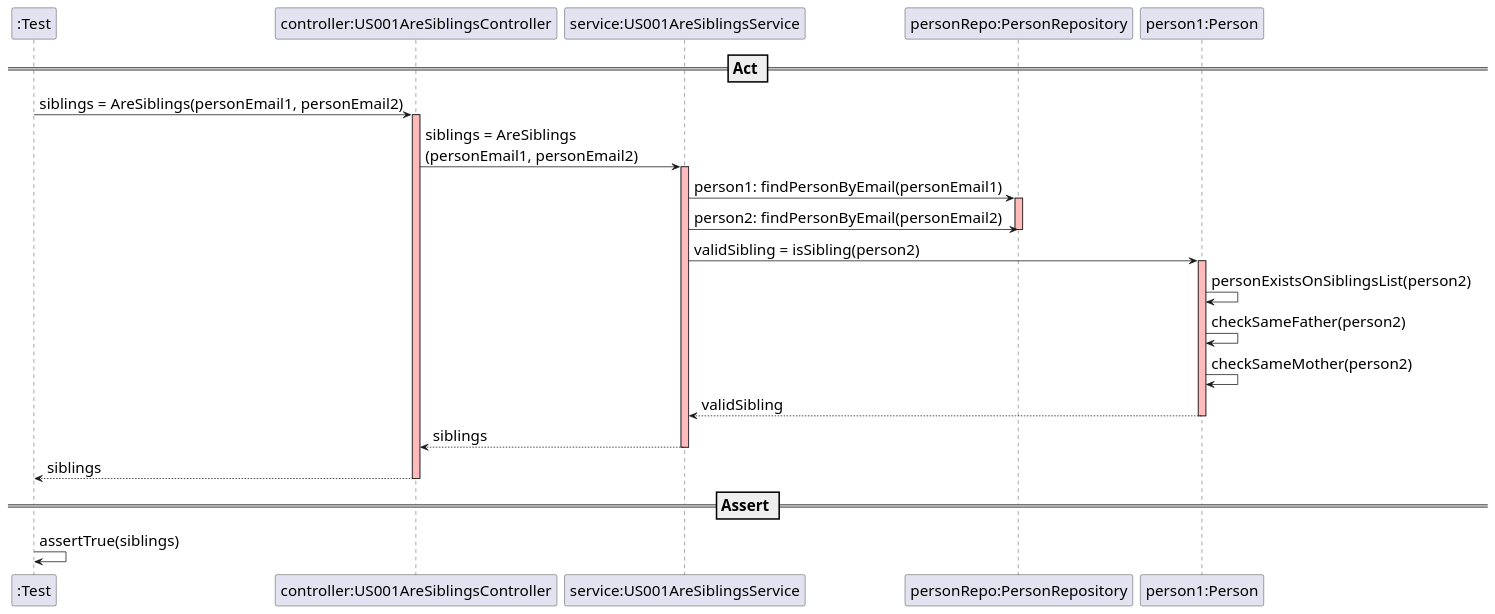
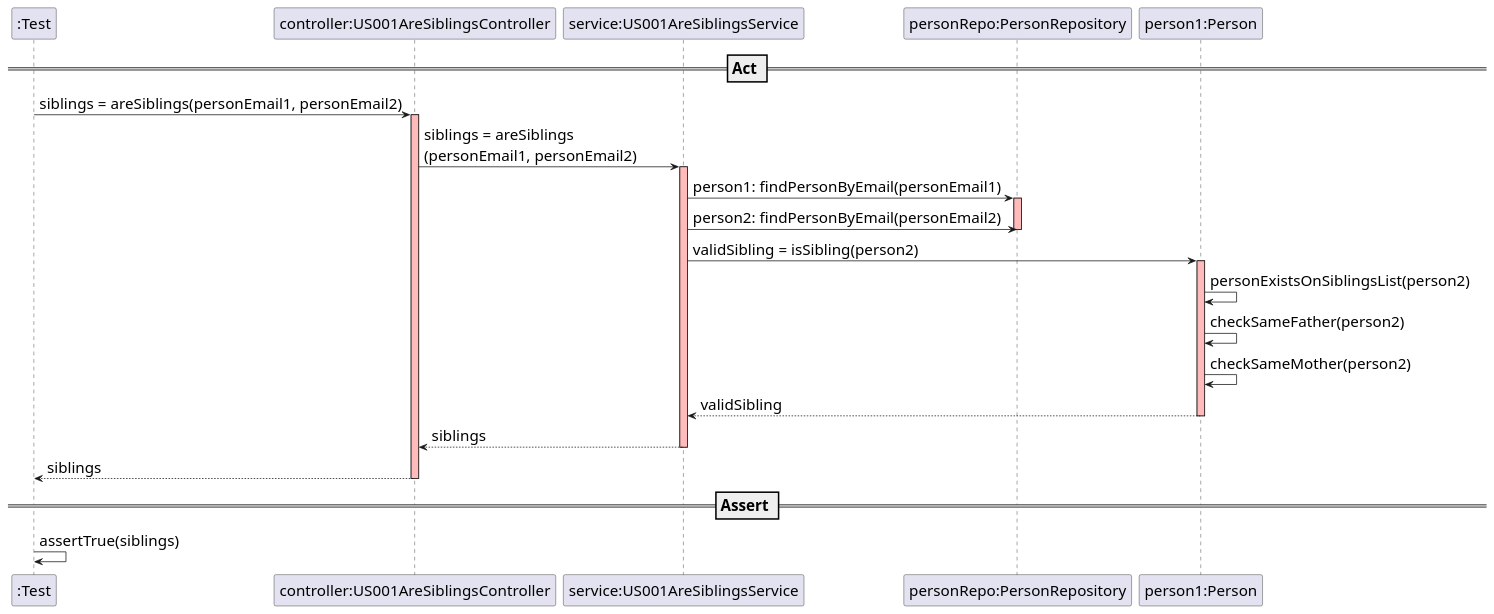
One commit to mleitaoribeiro/DevOpsMaven changed the diagram in src/main/java/switch2019/project/controllers/US001AreSiblingsSD.puml. Above: the diagram before and after it, drawn with PlantUML.

```diff
--- a/src/main/java/switch2019/project/controllers/US001AreSiblingsSD.puml
+++ b/src/main/java/switch2019/project/controllers/US001AreSiblingsSD.puml
@@ -1,46 +1,46 @@
 @startuml
 skinparam DefaultFontSize 20
 
 participant ":Test"
 
 participant "controller:US001AreSiblingsController"
 participant "service:US001AreSiblingsService"
 participant "personRepo:PersonRepository"
 participant "person1:Person"
 
 == Act ==
 
-":Test" -> "controller:US001AreSiblingsController" : siblings = AreSiblings(personEmail1, personEmail2)
+":Test" -> "controller:US001AreSiblingsController" : siblings = areSiblings(personEmail1, personEmail2)
 activate "controller:US001AreSiblingsController"  #FFBBBB
 
-"controller:US001AreSiblingsController"-> "service:US001AreSiblingsService" : siblings = AreSiblings\n(personEmail1, personEmail2)
+"controller:US001AreSiblingsController"-> "service:US001AreSiblingsService" : siblings = areSiblings\n(personEmail1, personEmail2)
 activate "service:US001AreSiblingsService"  #FFBBBB
 
 "service:US001AreSiblingsService" -> "personRepo:PersonRepository" : person1: findPersonByEmail(personEmail1)
 activate "personRepo:PersonRepository" #FFBBBB
 
 "service:US001AreSiblingsService" -> "personRepo:PersonRepository" : person2: findPersonByEmail(personEmail2)
 
 deactivate "personRepo:PersonRepository" #FFBBBB
 
 "service:US001AreSiblingsService" -> "person1:Person" : validSibling = isSibling(person2)
 activate "person1:Person"  #FFBBBB
 
 "person1:Person" -> "person1:Person" :  personExistsOnSiblingsList(person2)
 "person1:Person" -> "person1:Person" :  checkSameFather(person2)
 "person1:Person" -> "person1:Person" :  checkSameMother(person2)
 
 "person1:Person" --> "service:US001AreSiblingsService" : validSibling
 deactivate "person1:Person"
 
 "service:US001AreSiblingsService"--> "controller:US001AreSiblingsController" : siblings
 deactivate "service:US001AreSiblingsService"
 
 "controller:US001AreSiblingsController" --> ":Test" : siblings
 deactivate "controller:US001AreSiblingsController"
 
 == Assert ==
 
 ":Test" -> ":Test" : assertTrue(siblings)
 
 @enduml
```
